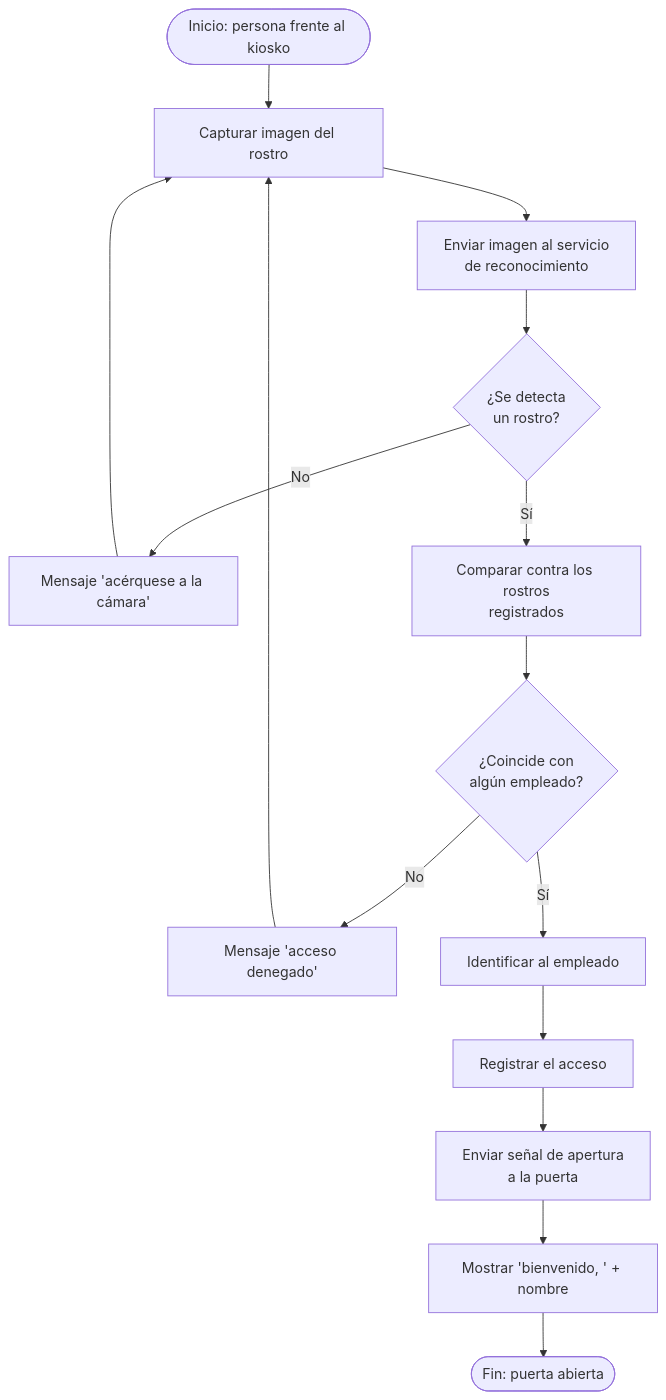
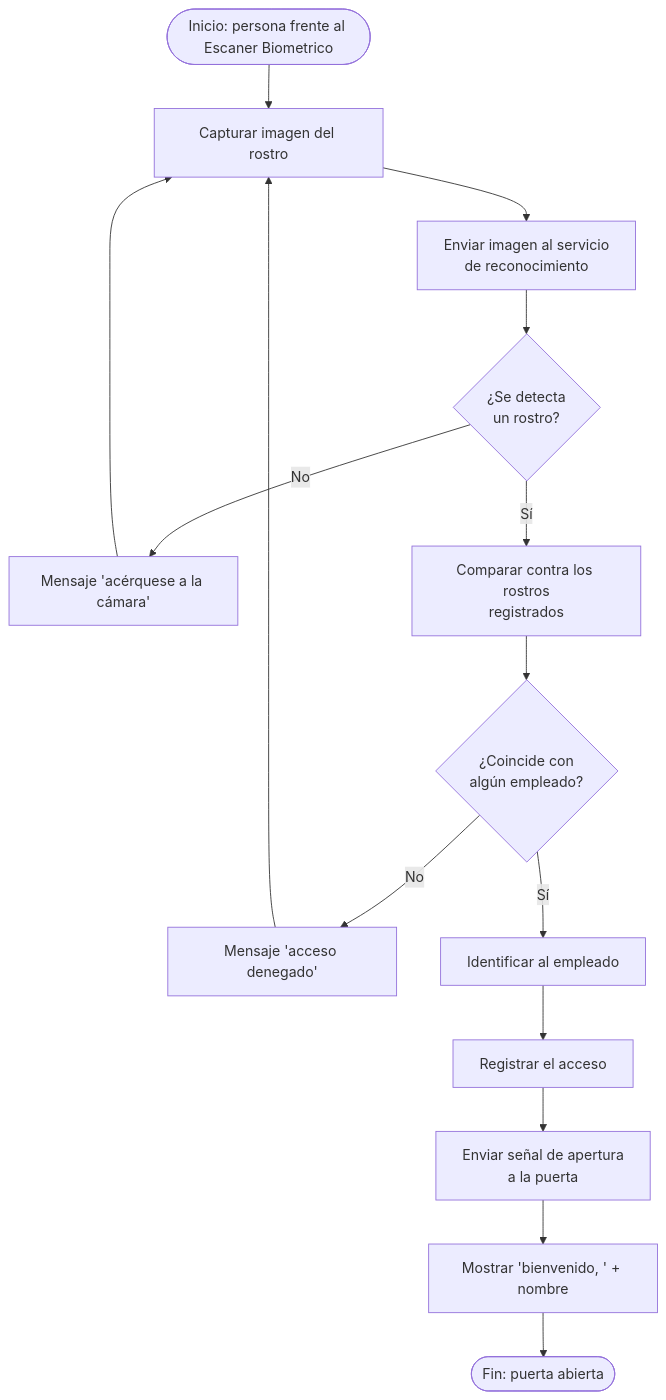
The fourth of 5 diagrams in docs/presentacion/02-flujos.md (Indroic/access-control-system), drawn with Mermaid before and after one commit. The commit also changed other lines of this file and 11 other files, not shown here.

Commit message:
cambio de nombre de kiosko a Escaner Biometrico

````diff
--- a/docs/presentacion/02-flujos.md
+++ b/docs/presentacion/02-flujos.md
@@ -71,15 +71,15 @@
 ```mermaid
 flowchart TD
-    A([Inicio: persona frente al kiosko]) --> B[Capturar imagen del rostro]
+    A([Inicio: persona frente al Escaner Biometrico]) --> B[Capturar imagen del rostro]
     B --> C[Enviar imagen al servicio<br/>de reconocimiento]
     C --> D{¿Se detecta<br/>un rostro?}
     D -->|No| D1[Mensaje 'acérquese a la cámara'] --> B
     D -->|Sí| E[Comparar contra los rostros<br/>registrados]
     E --> F{¿Coincide con<br/>algún empleado?}
     F -->|No| F1[Mensaje 'acceso denegado'] --> B
     F -->|Sí| G[Identificar al empleado]
     G --> H[Registrar el acceso]
     H --> I[Enviar señal de apertura<br/>a la puerta]
     I --> J[Mostrar 'bienvenido, ' + nombre]
     J --> Z([Fin: puerta abierta])
 ```
````
